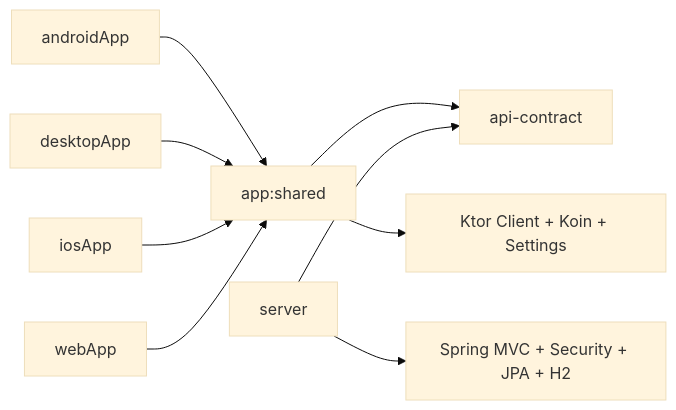
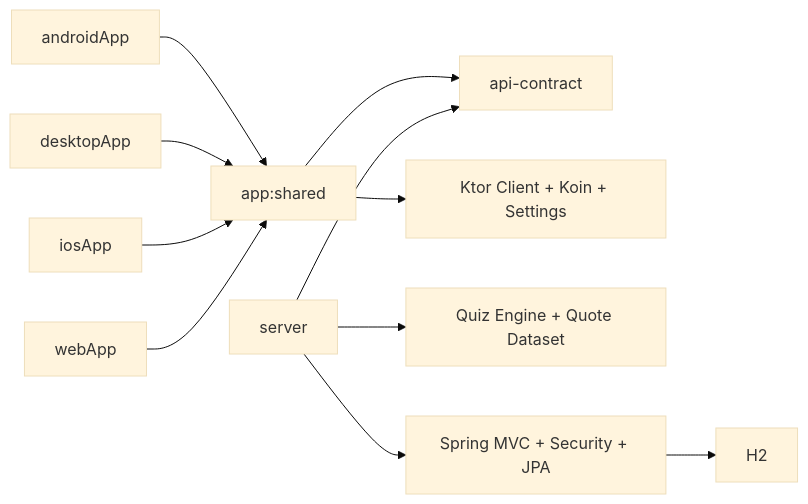
One commit to evic2132/quote-quiz changed the diagram in README.md. Above: the diagram before and after it, drawn with Mermaid (base theme). The commit also changed other lines of this file, not shown here.

````diff
--- a/README.md
+++ b/README.md
@@ -67,13 +55,13 @@
 ```mermaid
 flowchart LR
     A["androidApp"] --> S["app:shared"]
     D["desktopApp"] --> S
     I["iosApp"] --> S
     W["webApp"] --> S
-
     S --> C["api-contract"]
     V["server"] --> C
-
     S --> K["Ktor Client + Koin + Settings"]
-    V --> J["Spring MVC + Security + JPA + H2"]
+    V --> Q["Quiz Engine + Quote Dataset"]
+    V --> J["Spring MVC + Security + JPA"]
+    J --> DB["H2"]
 ```
````
